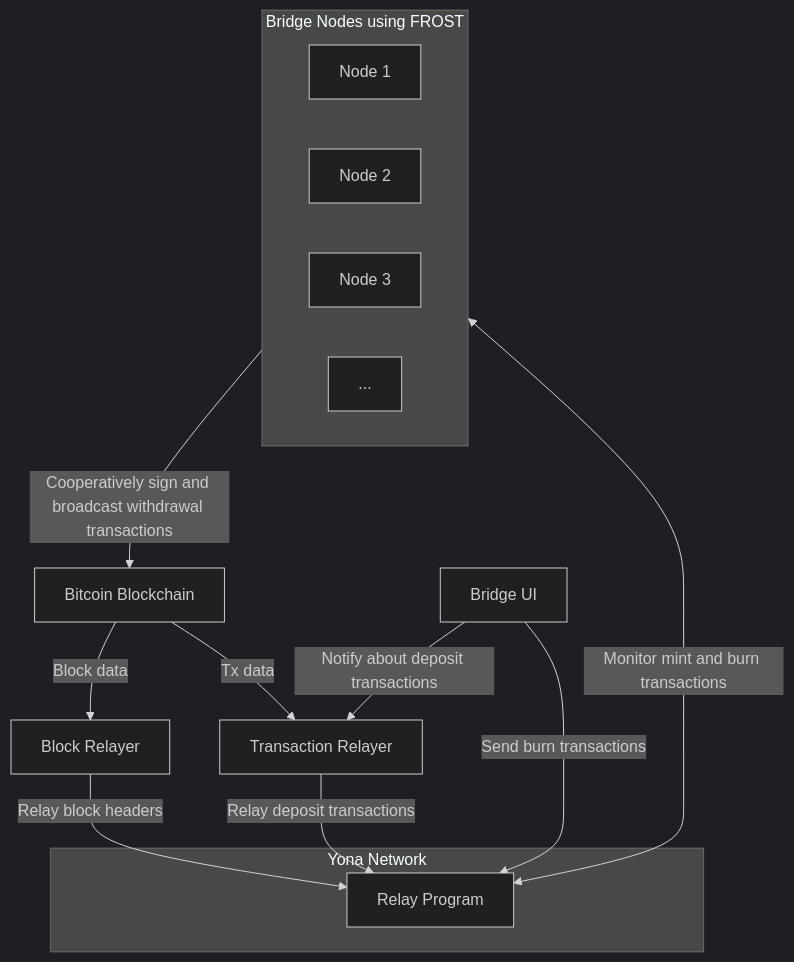
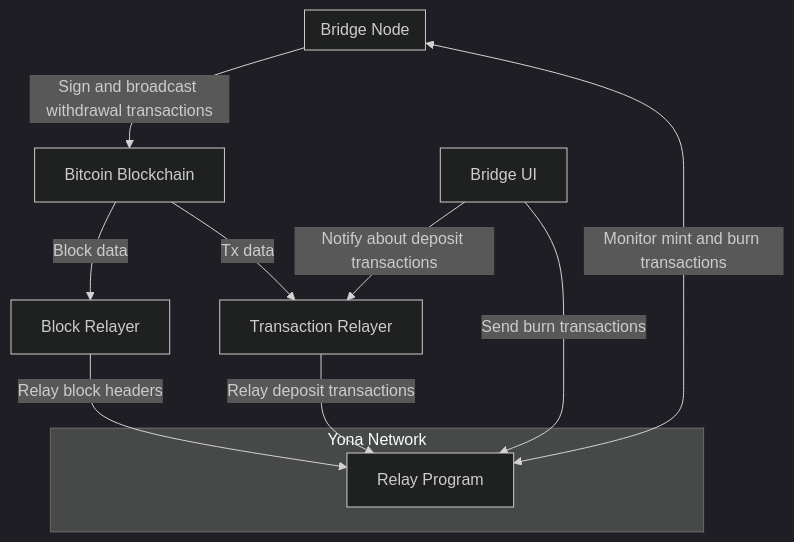
Before and after one commit to Yona-Labs/bitcoin-svm-bridge: the diagram in README.md, drawn with Mermaid (dark theme). The commit also changed other lines of this file, not shown here.

````diff
--- a/README.md
+++ b/README.md
@@ -18,27 +18,23 @@
 ```mermaid
 flowchart TD
     BTC["Bitcoin Blockchain"]
     
     UI["Bridge UI"]
-    subgraph Nodes["Bridge Nodes using FROST"]
-        Node1["Node 1"]
-        Node2["Node 2"]
-        Node3["Node 3"]
-        More["..."]
+    subgraph Nodes["Bridge Node"]
     end
     BR["Block Relayer"]
     TR["Transaction Relayer"]
 
     subgraph Yona["Yona Network"]
         YRP["Relay Program"]
     end
 
     BTC -->|Block data| BR
     BTC -->|Tx data| TR
     BR -->|Relay block headers| YRP
     TR -->|Relay deposit transactions| YRP
     UI -->|Send burn transactions| YRP
     UI -->|Notify about deposit transactions| TR
-    Nodes -->|Cooperatively sign and broadcast withdrawal transactions| BTC
+    Nodes -->|Sign and broadcast withdrawal transactions| BTC
     Nodes <-->|Monitor mint and burn transactions| YRP
 ```
````
